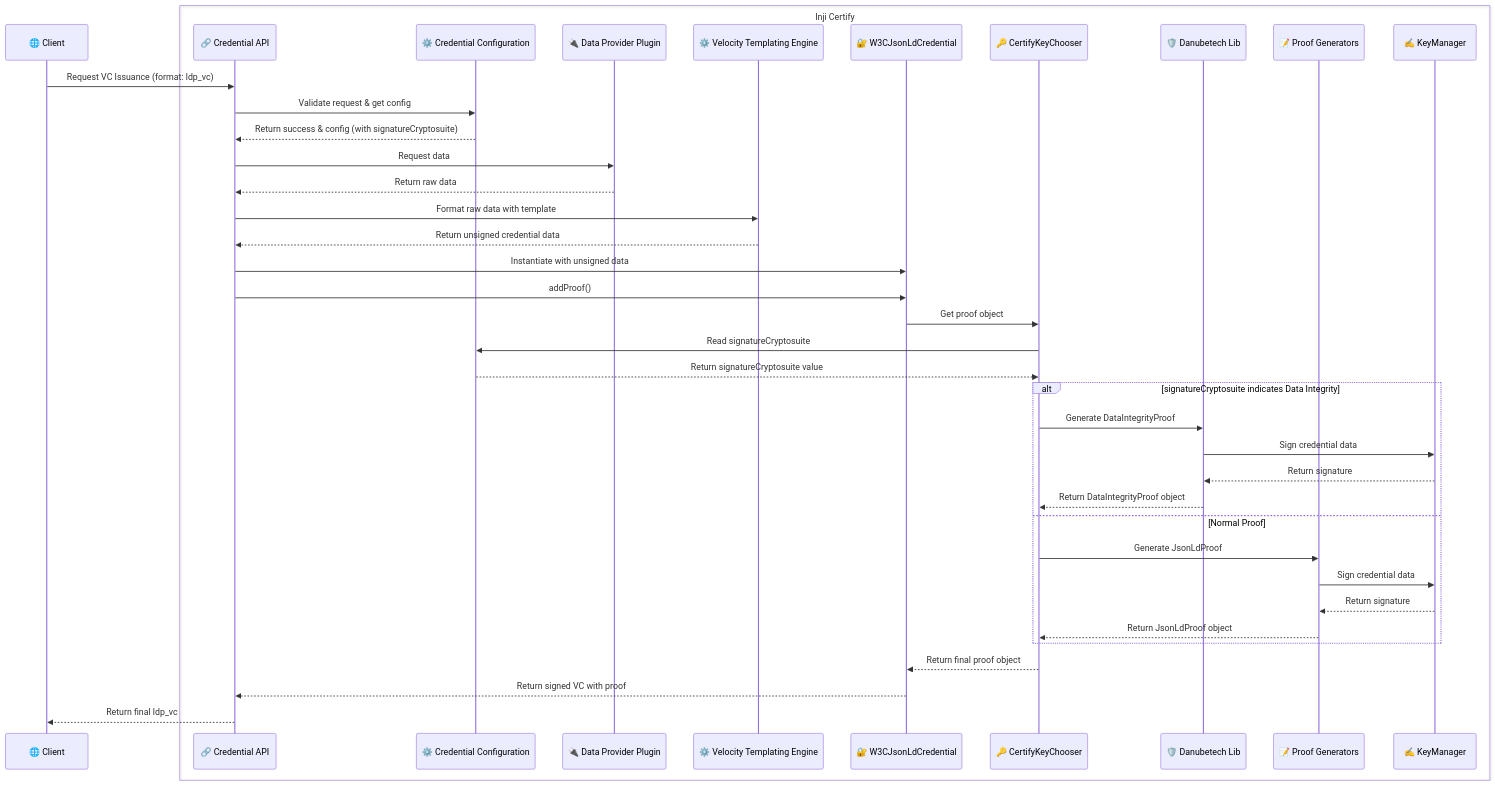
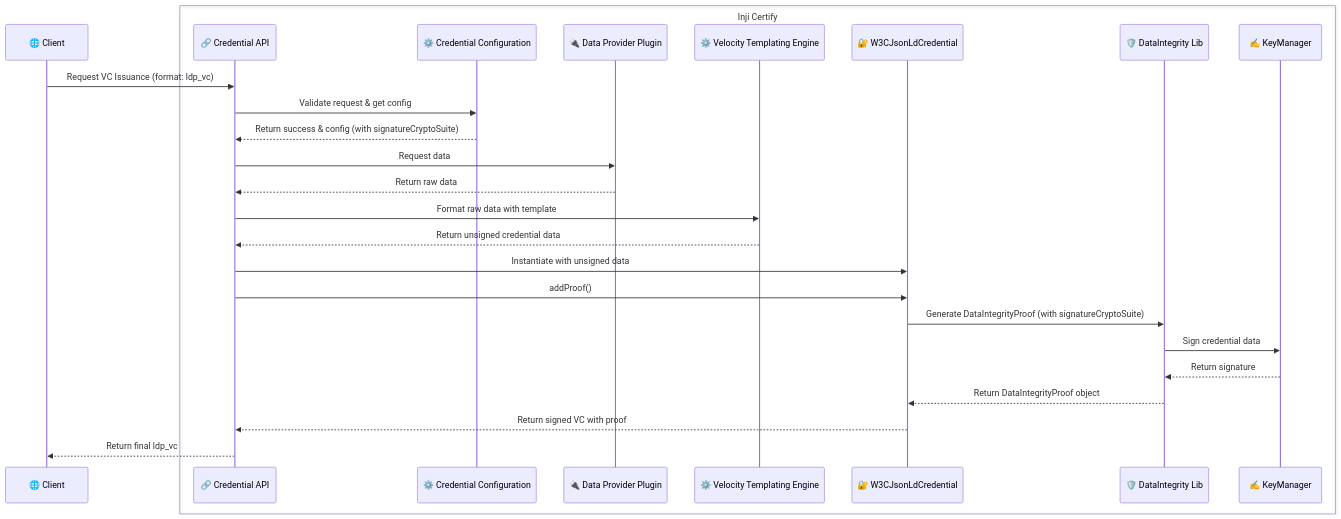
Before and after one commit to mosip/inji-certify: the diagram in docs/Data-Integrity-Proof-Support.md, drawn with Mermaid. The commit also changed 2 other files, not shown here.

Commit message:
[INJICERT-1153] Fix sequence diagrams as per review comments

````diff
--- a/docs/Data-Integrity-Proof-Support.md
+++ b/docs/Data-Integrity-Proof-Support.md
@@ -26,51 +26,37 @@
 ```mermaid
 sequenceDiagram
     participant Client as 🌐 Client
     box Inji Certify #E6F3FF
     participant CredentialAPI as 🔗 Credential API
     participant CredentialConfiguration as ⚙️ Credential Configuration
     participant DataProviderPlugin as 🔌 Data Provider Plugin
     participant VelocityTemplatingEngine as ⚙️ Velocity Templating Engine
     participant W3CJsonLdCredential as 🔐 W3CJsonLdCredential
-    participant CertifyKeyChooser as 🔑 CertifyKeyChooser
-    participant DanubetechDataIntegrity as 🛡️ Danubetech Lib
-    participant CertifyProofGenerators as 📝 Proof Generators
+    participant DataIntegrityLib as 🛡️ DataIntegrity Lib
     participant KeyManager as ✍️ KeyManager
     end
 
     Client->>CredentialAPI: Request VC Issuance (format: ldp_vc)
 
     CredentialAPI->>CredentialConfiguration: Validate request & get config
-    CredentialConfiguration-->>CredentialAPI: Return success & config (with signatureCryptosuite)
+    CredentialConfiguration-->>CredentialAPI: Return success & config (with signatureCryptoSuite)
 
     CredentialAPI->>DataProviderPlugin: Request data
     DataProviderPlugin-->>CredentialAPI: Return raw data
 
     CredentialAPI->>VelocityTemplatingEngine: Format raw data with template
     VelocityTemplatingEngine-->>CredentialAPI: Return unsigned credential data
 
     CredentialAPI->>W3CJsonLdCredential: Instantiate with unsigned data
 
     CredentialAPI->>W3CJsonLdCredential: addProof()
 
-    W3CJsonLdCredential->>CertifyKeyChooser: Get proof object
-    CertifyKeyChooser->>CredentialConfiguration: Read signatureCryptosuite
-    CredentialConfiguration-->>CertifyKeyChooser: Return signatureCryptosuite value
+    W3CJsonLdCredential->>DataIntegrityLib: Generate DataIntegrityProof (with signatureCryptoSuite)
+    DataIntegrityLib->>KeyManager: Sign credential data
+    KeyManager-->>DataIntegrityLib: Return signature
+    DataIntegrityLib-->>W3CJsonLdCredential: Return DataIntegrityProof object
 
-    alt signatureCryptosuite indicates Data Integrity
-        CertifyKeyChooser->>DanubetechDataIntegrity: Generate DataIntegrityProof
-        DanubetechDataIntegrity->>KeyManager: Sign credential data
-        KeyManager-->>DanubetechDataIntegrity: Return signature
-        DanubetechDataIntegrity-->>CertifyKeyChooser: Return DataIntegrityProof object
-    else Normal Proof
-        CertifyKeyChooser->>CertifyProofGenerators: Generate JsonLdProof
-        CertifyProofGenerators->>KeyManager: Sign credential data
-        KeyManager-->>CertifyProofGenerators: Return signature
-        CertifyProofGenerators-->>CertifyKeyChooser: Return JsonLdProof object
-    end
-
-    CertifyKeyChooser-->>W3CJsonLdCredential: Return final proof object
     W3CJsonLdCredential-->>CredentialAPI: Return signed VC with proof
 
     CredentialAPI-->>Client: Return final ldp_vc
 ```
````
